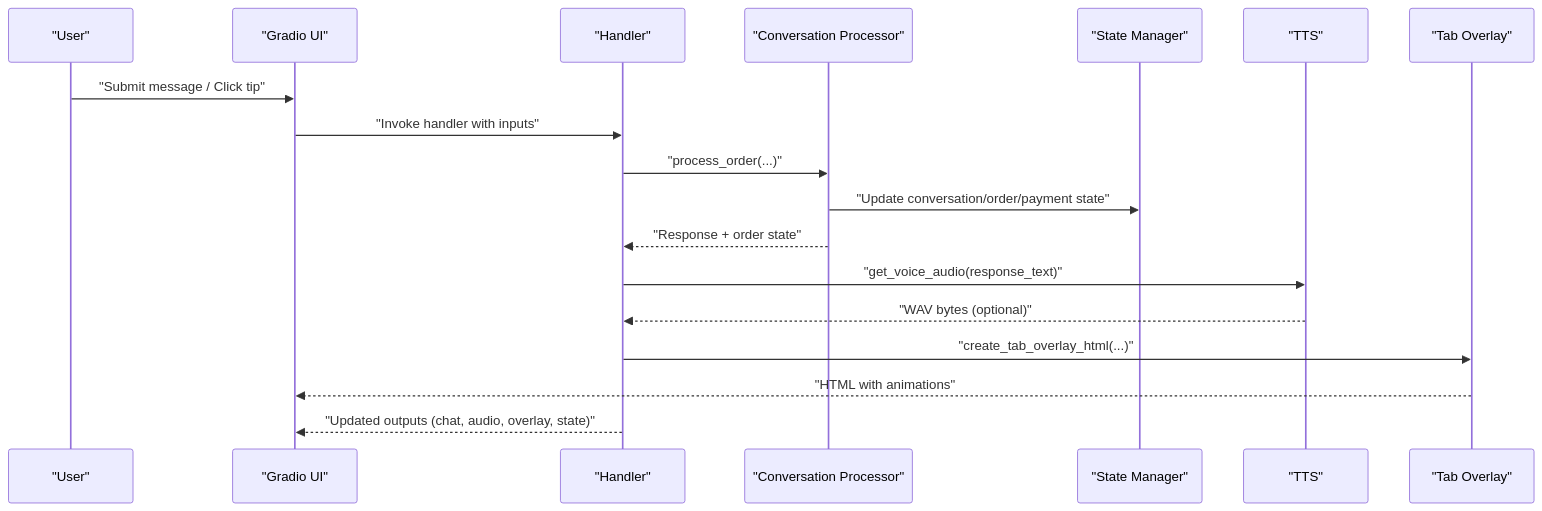
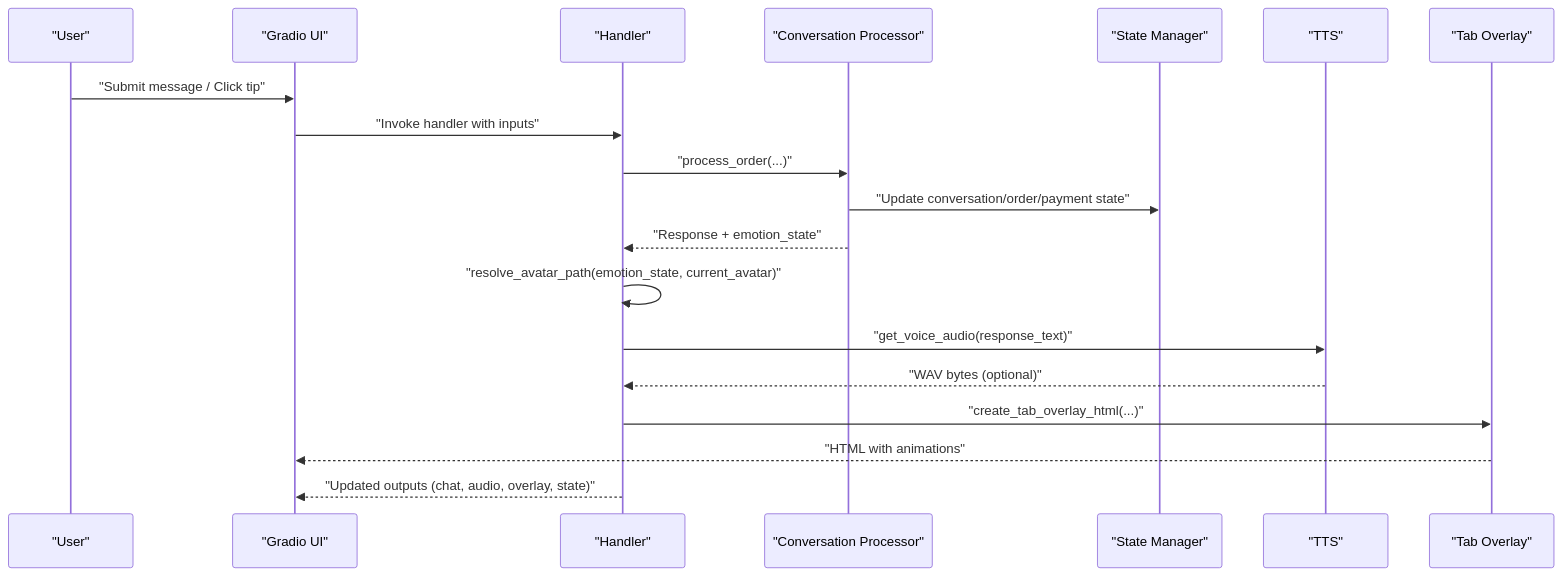
One commit to MOK-5-ha/MayaMCP changed the second of 8 diagrams in .qoder/repowiki/en/content/API Reference/UI Handler API.md. Above: the diagram before and after it, drawn with Mermaid. The commit also changed other lines of this file and 27 other files, not shown here.

````diff
--- a/.qoder/repowiki/en/content/API Reference/UI Handler API.md
+++ b/.qoder/repowiki/en/content/API Reference/UI Handler API.md
@@ -126,20 +136,21 @@
 ```mermaid
 sequenceDiagram
 participant U as "User"
 participant G as "Gradio UI"
 participant H as "Handler"
 participant P as "Conversation Processor"
 participant S as "State Manager"
 participant T as "TTS"
 participant O as "Tab Overlay"
 U->>G : "Submit message / Click tip"
 G->>H : "Invoke handler with inputs"
 H->>P : "process_order(...)"
 P->>S : "Update conversation/order/payment state"
-P-->>H : "Response + order state"
+P-->>H : "Response + emotion_state"
+H->>H : "resolve_avatar_path(emotion_state, current_avatar)"
 H->>T : "get_voice_audio(response_text)"
 T-->>H : "WAV bytes (optional)"
 H->>O : "create_tab_overlay_html(...)"
 O-->>G : "HTML with animations"
 H-->>G : "Updated outputs (chat, audio, overlay, state)"
 ```
````
